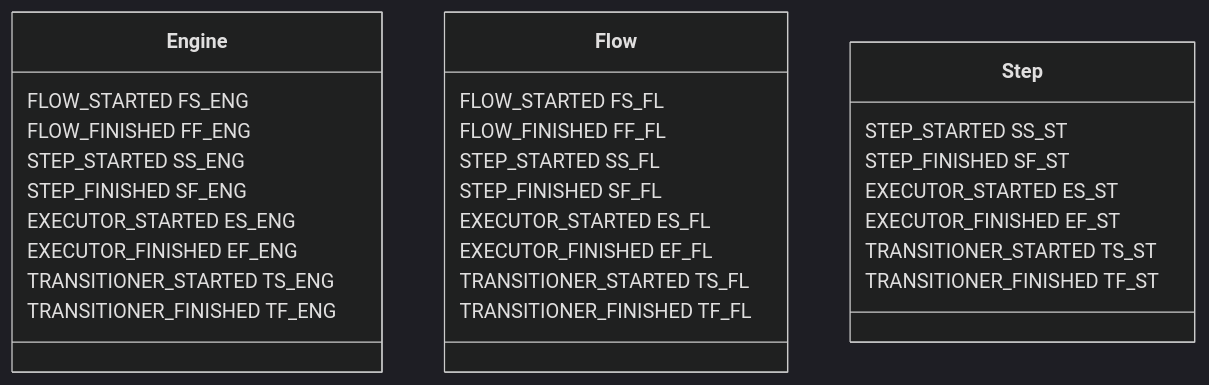
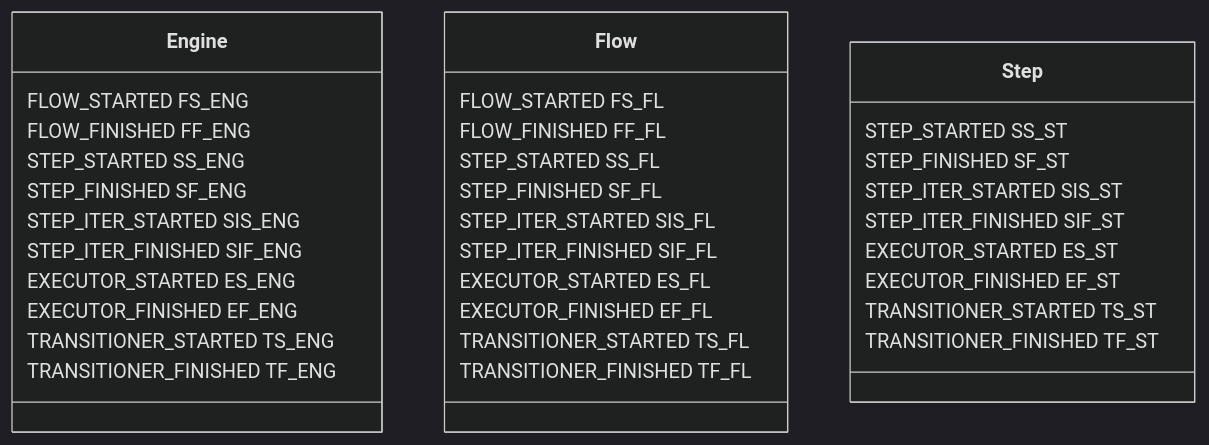
The second of 4 diagrams in Docs/CallGraph Build Rules.md (codekrolik2/Werk2), drawn with Mermaid (dark theme) before and after one commit. The commit also changed other lines of this file and 14 other files, not shown here.

````diff
--- a/Docs/CallGraph Build Rules.md
+++ b/Docs/CallGraph Build Rules.md
@@ -14,31 +14,37 @@
 ```mermaid
 classDiagram
 
 class Engine
 Engine : FLOW_STARTED FS_ENG
 Engine : FLOW_FINISHED FF_ENG
 Engine : STEP_STARTED SS_ENG
 Engine : STEP_FINISHED SF_ENG
+Engine : STEP_ITER_STARTED SIS_ENG
+Engine : STEP_ITER_FINISHED SIF_ENG
 Engine : EXECUTOR_STARTED ES_ENG
 Engine : EXECUTOR_FINISHED EF_ENG
 Engine : TRANSITIONER_STARTED TS_ENG
 Engine : TRANSITIONER_FINISHED TF_ENG
 
 class Flow
 Flow : FLOW_STARTED FS_FL
 Flow : FLOW_FINISHED FF_FL
 Flow : STEP_STARTED SS_FL
 Flow : STEP_FINISHED SF_FL
+Flow : STEP_ITER_STARTED SIS_FL
+Flow : STEP_ITER_FINISHED SIF_FL
 Flow : EXECUTOR_STARTED ES_FL
 Flow : EXECUTOR_FINISHED EF_FL
 Flow : TRANSITIONER_STARTED TS_FL
 Flow : TRANSITIONER_FINISHED TF_FL
 
 class Step
 Step : STEP_STARTED SS_ST
 Step : STEP_FINISHED SF_ST
+Step : STEP_ITER_STARTED SIS_ST
+Step : STEP_ITER_FINISHED SIF_ST
 Step : EXECUTOR_STARTED ES_ST
 Step : EXECUTOR_FINISHED EF_ST
 Step : TRANSITIONER_STARTED TS_ST
 Step : TRANSITIONER_FINISHED TF_ST
 ```
````
